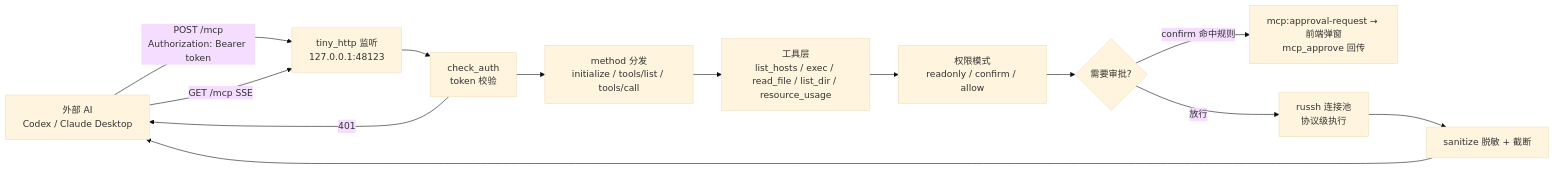
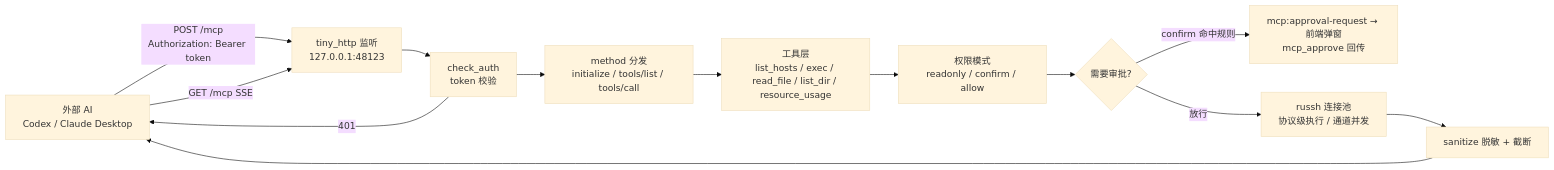
Before and after one commit to shaguocgl/buff-term: the first of 3 diagrams in docs/对外MCP服务设计.md, drawn with Mermaid (base theme). The commit also changed other lines of this file and 25 other files, not shown here.

````diff
--- a/docs/对外MCP服务设计.md
+++ b/docs/对外MCP服务设计.md
@@ -7,15 +7,15 @@
 ```mermaid
 flowchart LR
   EXT["外部 AI<br/>Codex / Claude Desktop"] -->|POST /mcp<br/>Authorization: Bearer token| HTTP["tiny_http 监听<br/>127.0.0.1:48123"]
   EXT -->|GET /mcp SSE| HTTP
   HTTP --> AUTH[check_auth<br/>token 校验]
   AUTH -->|401| EXT
   AUTH --> DISP[method 分发<br/>initialize / tools/list / tools/call]
   DISP --> TOOLS[工具层<br/>list_hosts / exec / read_file / list_dir / resource_usage]
   TOOLS --> MODE[权限模式<br/>readonly / confirm / allow]
   MODE --> APPROVAL{需要审批?}
   APPROVAL -->|confirm 命中规则| APP["mcp:approval-request → 前端弹窗<br/>mcp_approve 回传"]
-  APPROVAL -->|放行| RSH["russh 连接池<br/>协议级执行"]
+  APPROVAL -->|放行| RSH["russh 连接池<br/>协议级执行 / 通道并发"]
   RSH --> OUT[sanitize 脱敏 + 截断]
   OUT --> EXT
 ```
````
